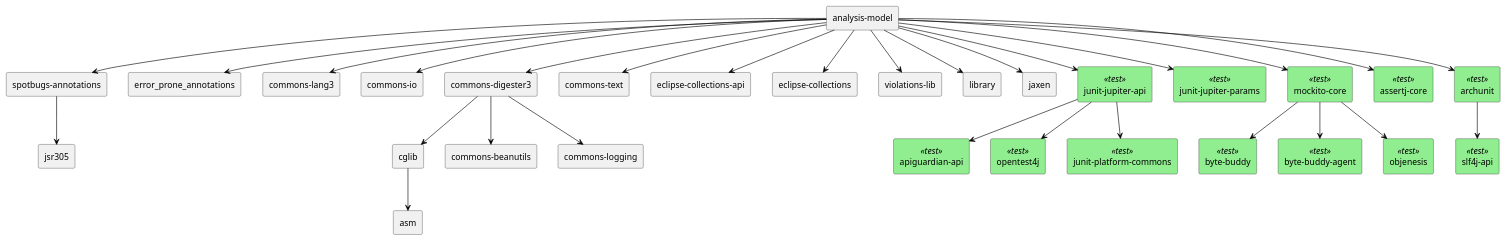
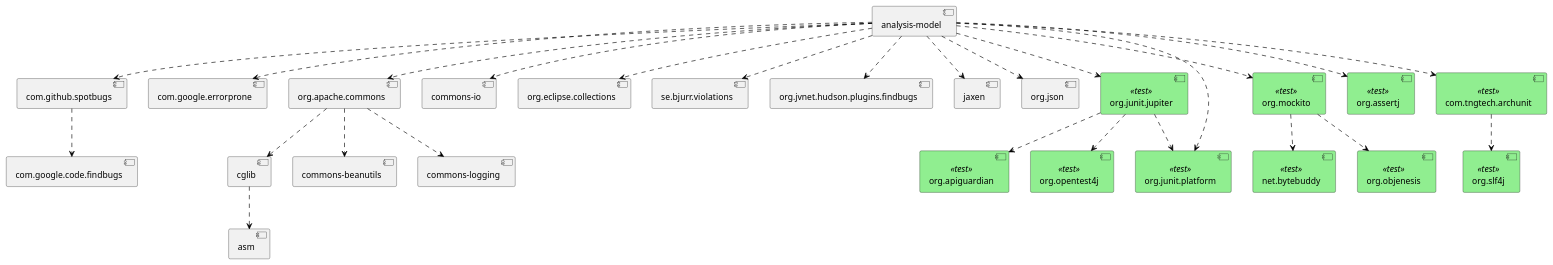
One commit to jenkinsci/analysis-model changed the diagram in doc/dependencies.puml. Above: the diagram before and after it, drawn with PlantUML. The commit also changed 1 other file, not shown here.

Commit message:
Added dependencies diagram.

```diff
--- a/doc/dependencies.puml
+++ b/doc/dependencies.puml
@@ -1,64 +1,59 @@
 @startuml
-skinparam rectangle {
+skinparam defaultTextAlignment center
+skinparam component {
+  BackgroundColor<<optional>> beige
   BackgroundColor<<test>> lightGreen
   BackgroundColor<<runtime>> lightBlue
   BackgroundColor<<provided>> lightGray
 }
-rectangle "spotbugs-annotations" as com_github_spotbugs_spotbugs_annotations_jar
-rectangle "jsr305" as com_google_code_findbugs_jsr305_jar
-rectangle "analysis-model" as edu_hm_hafner_analysis_model_jar
-rectangle "error_prone_annotations" as com_google_errorprone_error_prone_annotations_jar
-rectangle "commons-lang3" as org_apache_commons_commons_lang3_jar
-rectangle "commons-io" as commons_io_commons_io_jar
-rectangle "cglib" as cglib_cglib_jar
-rectangle "asm" as asm_asm_jar
-rectangle "commons-digester3" as org_apache_commons_commons_digester3_jar
-rectangle "commons-beanutils" as commons_beanutils_commons_beanutils_jar
-rectangle "commons-logging" as commons_logging_commons_logging_jar
-rectangle "commons-text" as org_apache_commons_commons_text_jar
-rectangle "eclipse-collections-api" as org_eclipse_collections_eclipse_collections_api_jar
-rectangle "eclipse-collections" as org_eclipse_collections_eclipse_collections_jar
-rectangle "violations-lib" as se_bjurr_violations_violations_lib_jar
-rectangle "library" as org_jvnet_hudson_plugins_findbugs_library_jar
-rectangle "jaxen" as jaxen_jaxen_jar
-rectangle "junit-jupiter-api" as org_junit_jupiter_junit_jupiter_api_jar<<test>>
-rectangle "apiguardian-api" as org_apiguardian_apiguardian_api_jar<<test>>
-rectangle "opentest4j" as org_opentest4j_opentest4j_jar<<test>>
-rectangle "junit-platform-commons" as org_junit_platform_junit_platform_commons_jar<<test>>
-rectangle "junit-jupiter-params" as org_junit_jupiter_junit_jupiter_params_jar<<test>>
-rectangle "mockito-core" as org_mockito_mockito_core_jar<<test>>
-rectangle "byte-buddy" as net_bytebuddy_byte_buddy_jar<<test>>
-rectangle "byte-buddy-agent" as net_bytebuddy_byte_buddy_agent_jar<<test>>
-rectangle "objenesis" as org_objenesis_objenesis_jar<<test>>
-rectangle "assertj-core" as org_assertj_assertj_core_jar<<test>>
-rectangle "archunit" as com_tngtech_archunit_archunit_jar<<test>>
-rectangle "slf4j-api" as org_slf4j_slf4j_api_jar<<test>>
-com_github_spotbugs_spotbugs_annotations_jar -[#000000]-> com_google_code_findbugs_jsr305_jar
-edu_hm_hafner_analysis_model_jar -[#000000]-> com_github_spotbugs_spotbugs_annotations_jar
-edu_hm_hafner_analysis_model_jar -[#000000]-> com_google_errorprone_error_prone_annotations_jar
-edu_hm_hafner_analysis_model_jar -[#000000]-> org_apache_commons_commons_lang3_jar
-edu_hm_hafner_analysis_model_jar -[#000000]-> commons_io_commons_io_jar
-cglib_cglib_jar -[#000000]-> asm_asm_jar
-org_apache_commons_commons_digester3_jar -[#000000]-> cglib_cglib_jar
-org_apache_commons_commons_digester3_jar -[#000000]-> commons_beanutils_commons_beanutils_jar
-org_apache_commons_commons_digester3_jar -[#000000]-> commons_logging_commons_logging_jar
-edu_hm_hafner_analysis_model_jar -[#000000]-> org_apache_commons_commons_digester3_jar
-edu_hm_hafner_analysis_model_jar -[#000000]-> org_apache_commons_commons_text_jar
-edu_hm_hafner_analysis_model_jar -[#000000]-> org_eclipse_collections_eclipse_collections_api_jar
-edu_hm_hafner_analysis_model_jar -[#000000]-> org_eclipse_collections_eclipse_collections_jar
-edu_hm_hafner_analysis_model_jar -[#000000]-> se_bjurr_violations_violations_lib_jar
-edu_hm_hafner_analysis_model_jar -[#000000]-> org_jvnet_hudson_plugins_findbugs_library_jar
-edu_hm_hafner_analysis_model_jar -[#000000]-> jaxen_jaxen_jar
-org_junit_jupiter_junit_jupiter_api_jar -[#000000]-> org_apiguardian_apiguardian_api_jar
-org_junit_jupiter_junit_jupiter_api_jar -[#000000]-> org_opentest4j_opentest4j_jar
-org_junit_jupiter_junit_jupiter_api_jar -[#000000]-> org_junit_platform_junit_platform_commons_jar
-edu_hm_hafner_analysis_model_jar -[#000000]-> org_junit_jupiter_junit_jupiter_api_jar
-edu_hm_hafner_analysis_model_jar -[#000000]-> org_junit_jupiter_junit_jupiter_params_jar
-org_mockito_mockito_core_jar -[#000000]-> net_bytebuddy_byte_buddy_jar
-org_mockito_mockito_core_jar -[#000000]-> net_bytebuddy_byte_buddy_agent_jar
-org_mockito_mockito_core_jar -[#000000]-> org_objenesis_objenesis_jar
-edu_hm_hafner_analysis_model_jar -[#000000]-> org_mockito_mockito_core_jar
-edu_hm_hafner_analysis_model_jar -[#000000]-> org_assertj_assertj_core_jar
-com_tngtech_archunit_archunit_jar -[#000000]-> org_slf4j_slf4j_api_jar
-edu_hm_hafner_analysis_model_jar -[#000000]-> com_tngtech_archunit_archunit_jar
+component "com.github.spotbugs" as com_github_spotbugs_compile
+component "com.google.code.findbugs" as com_google_code_findbugs_compile
+component "analysis-model" as edu_hm_hafner_compile
+component "com.google.errorprone" as com_google_errorprone_compile
+component "org.apache.commons" as org_apache_commons_compile
+component "commons-io" as commons_io_compile
+component "cglib" as cglib_compile
+component "asm" as asm_compile
+component "commons-beanutils" as commons_beanutils_compile
+component "commons-logging" as commons_logging_compile
+component "org.eclipse.collections" as org_eclipse_collections_compile
+component "se.bjurr.violations" as se_bjurr_violations_compile
+component "org.jvnet.hudson.plugins.findbugs" as org_jvnet_hudson_plugins_findbugs_compile
+component "jaxen" as jaxen_compile
+component "org.json" as org_json_compile
+component "org.junit.jupiter" as org_junit_jupiter_test<<test>>
+component "org.apiguardian" as org_apiguardian_test<<test>>
+component "org.opentest4j" as org_opentest4j_test<<test>>
+component "org.junit.platform" as org_junit_platform_test<<test>>
+component "org.mockito" as org_mockito_test<<test>>
+component "net.bytebuddy" as net_bytebuddy_test<<test>>
+component "org.objenesis" as org_objenesis_test<<test>>
+component "org.assertj" as org_assertj_test<<test>>
+component "com.tngtech.archunit" as com_tngtech_archunit_test<<test>>
+component "org.slf4j" as org_slf4j_test<<test>>
+com_github_spotbugs_compile -[#000000].> com_google_code_findbugs_compile
+edu_hm_hafner_compile -[#000000].> com_github_spotbugs_compile
+edu_hm_hafner_compile -[#000000].> com_google_errorprone_compile
+edu_hm_hafner_compile -[#000000].> org_apache_commons_compile
+edu_hm_hafner_compile -[#000000].> commons_io_compile
+cglib_compile -[#000000].> asm_compile
+org_apache_commons_compile -[#000000].> cglib_compile
+org_apache_commons_compile -[#000000].> commons_beanutils_compile
+org_apache_commons_compile -[#000000].> commons_logging_compile
+edu_hm_hafner_compile -[#000000].> org_eclipse_collections_compile
+edu_hm_hafner_compile -[#000000].> se_bjurr_violations_compile
+edu_hm_hafner_compile -[#000000].> org_jvnet_hudson_plugins_findbugs_compile
+edu_hm_hafner_compile -[#000000].> jaxen_compile
+edu_hm_hafner_compile -[#000000].> org_json_compile
+org_junit_jupiter_test -[#000000].> org_apiguardian_test
+org_junit_jupiter_test -[#000000].> org_opentest4j_test
+org_junit_jupiter_test -[#000000].> org_junit_platform_test
+edu_hm_hafner_compile -[#000000].> org_junit_jupiter_test
+edu_hm_hafner_compile -[#000000].> org_junit_platform_test
+org_mockito_test -[#000000].> net_bytebuddy_test
+org_mockito_test -[#000000].> org_objenesis_test
+edu_hm_hafner_compile -[#000000].> org_mockito_test
+edu_hm_hafner_compile -[#000000].> org_assertj_test
+com_tngtech_archunit_test -[#000000].> org_slf4j_test
+edu_hm_hafner_compile -[#000000].> com_tngtech_archunit_test
 @enduml
```
